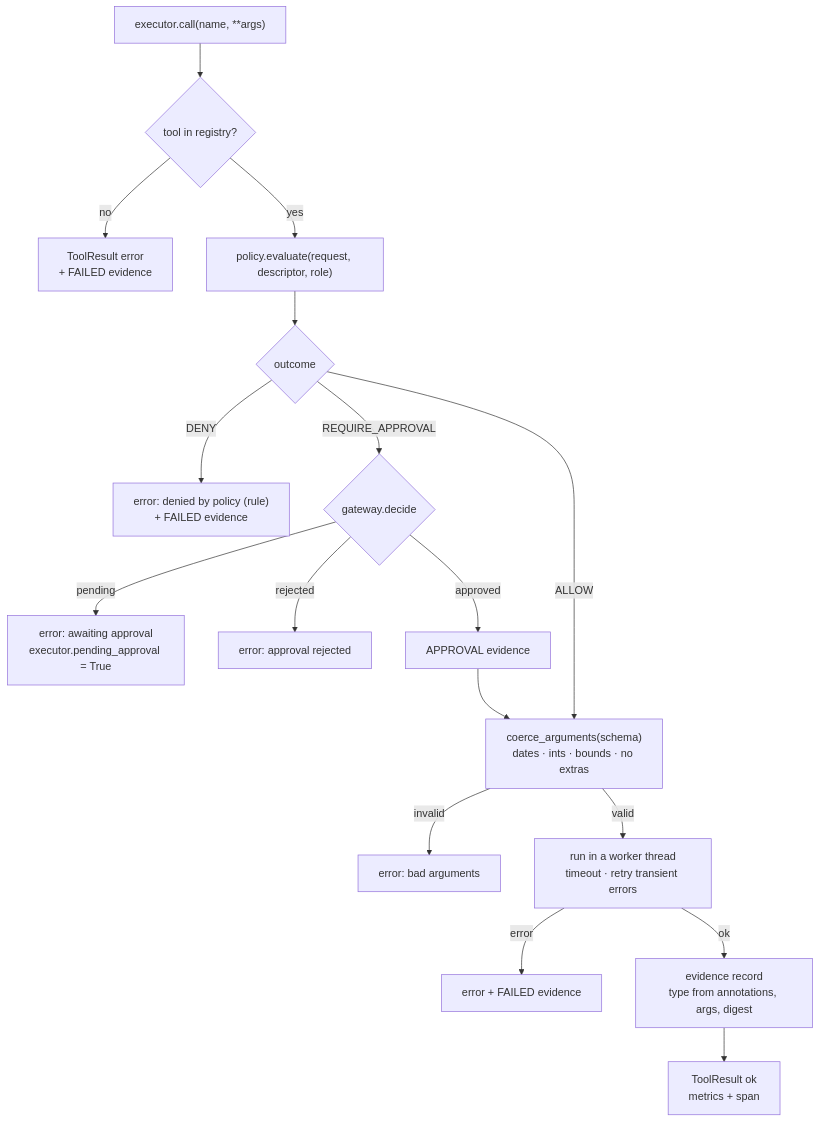
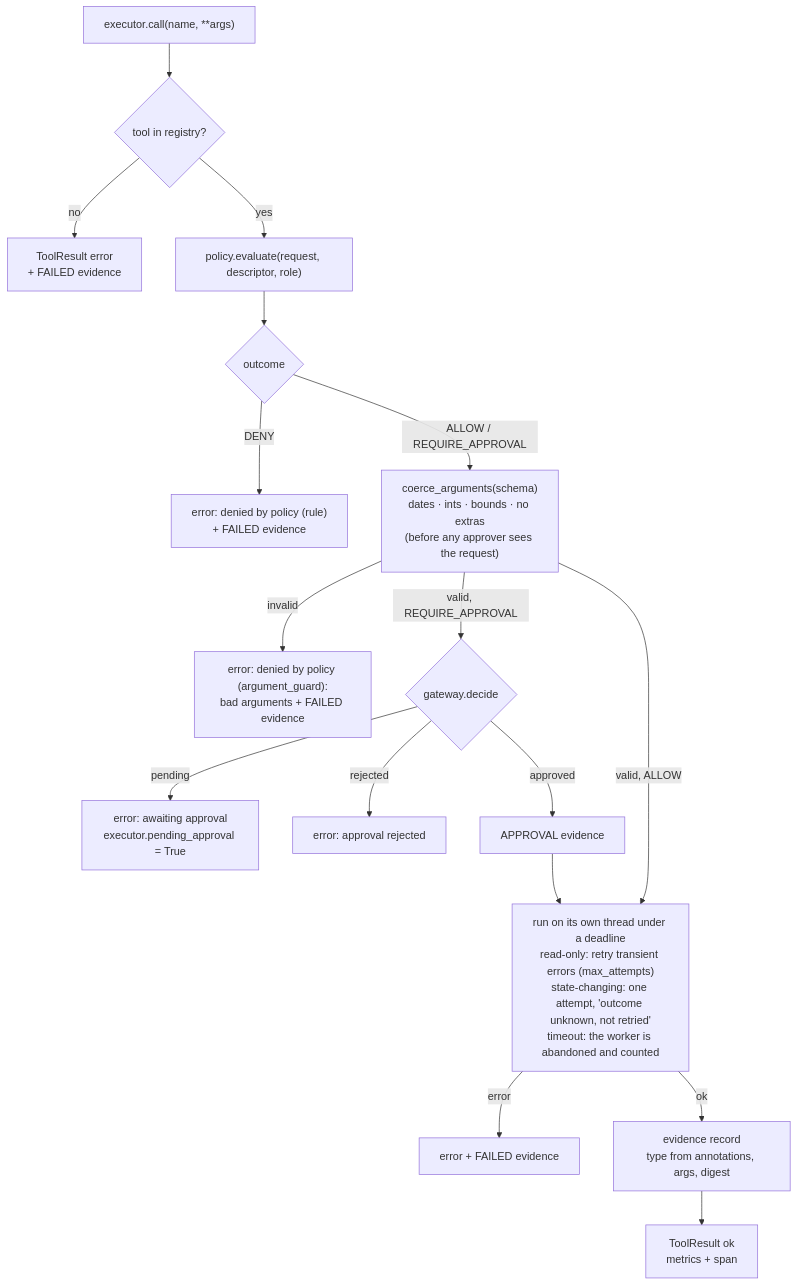
One commit to AshJha0/agentic-trader changed the tenth of 30 diagrams in docs/DIAGRAMS.md. Above: the diagram before and after it, drawn with Mermaid. The commit also changed other lines of this file and 112 other files, not shown here.

````diff
--- a/docs/DIAGRAMS.md
+++ b/docs/DIAGRAMS.md
@@ -331,18 +339,18 @@
 ```mermaid
 flowchart TD
     CALL["executor.call(name, **args)"] --> REG{"tool in registry?"}
     REG -- no --> FAILU["ToolResult error<br/>+ FAILED evidence"]
     REG -- yes --> POL["policy.evaluate(request, descriptor, role)"]
     POL --> OUT{outcome}
     OUT -- DENY --> FAILD["error: denied by policy (rule)<br/>+ FAILED evidence"]
-    OUT -- REQUIRE_APPROVAL --> GW{gateway.decide}
+    OUT -- "ALLOW / REQUIRE_APPROVAL" --> CO["coerce_arguments(schema)<br/>dates · ints · bounds · no extras<br/>(before any approver sees the request)"]
+    CO -- invalid --> FAILA["error: denied by policy (argument_guard):<br/>bad arguments + FAILED evidence"]
+    CO -- "valid, REQUIRE_APPROVAL" --> GW{gateway.decide}
     GW -- pending --> WAIT["error: awaiting approval<br/>executor.pending_approval = True"]
     GW -- rejected --> FAILR["error: approval rejected"]
-    GW -- approved --> APPR["APPROVAL evidence"] --> CO
-    OUT -- ALLOW --> CO["coerce_arguments(schema)<br/>dates · ints · bounds · no extras"]
-    CO -- invalid --> FAILA["error: bad arguments"]
-    CO -- valid --> RUN["run in a worker thread<br/>timeout · retry transient errors"]
+    GW -- approved --> APPR["APPROVAL evidence"] --> RUN
+    CO -- "valid, ALLOW" --> RUN["run on its own thread under a deadline<br/>read-only: retry transient errors (max_attempts)<br/>state-changing: one attempt, 'outcome unknown, not retried'<br/>timeout: the worker is abandoned and counted"]
     RUN -- error --> FAILX["error + FAILED evidence"]
     RUN -- ok --> EVD["evidence record<br/>type from annotations, args, digest"]
     EVD --> RES["ToolResult ok<br/>metrics + span"]
 ```
````
